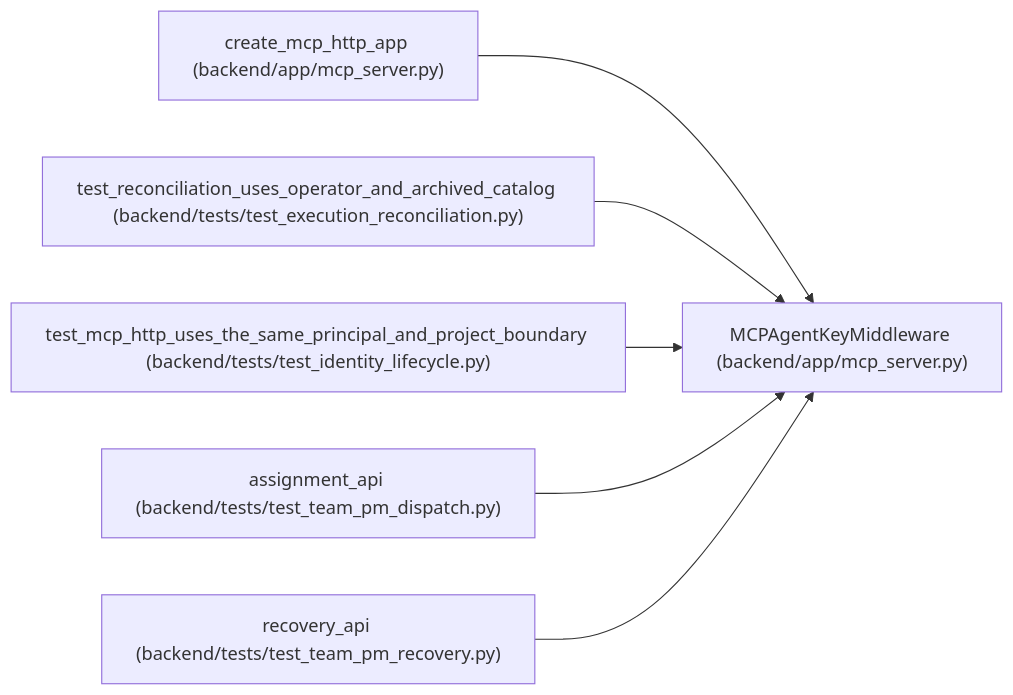
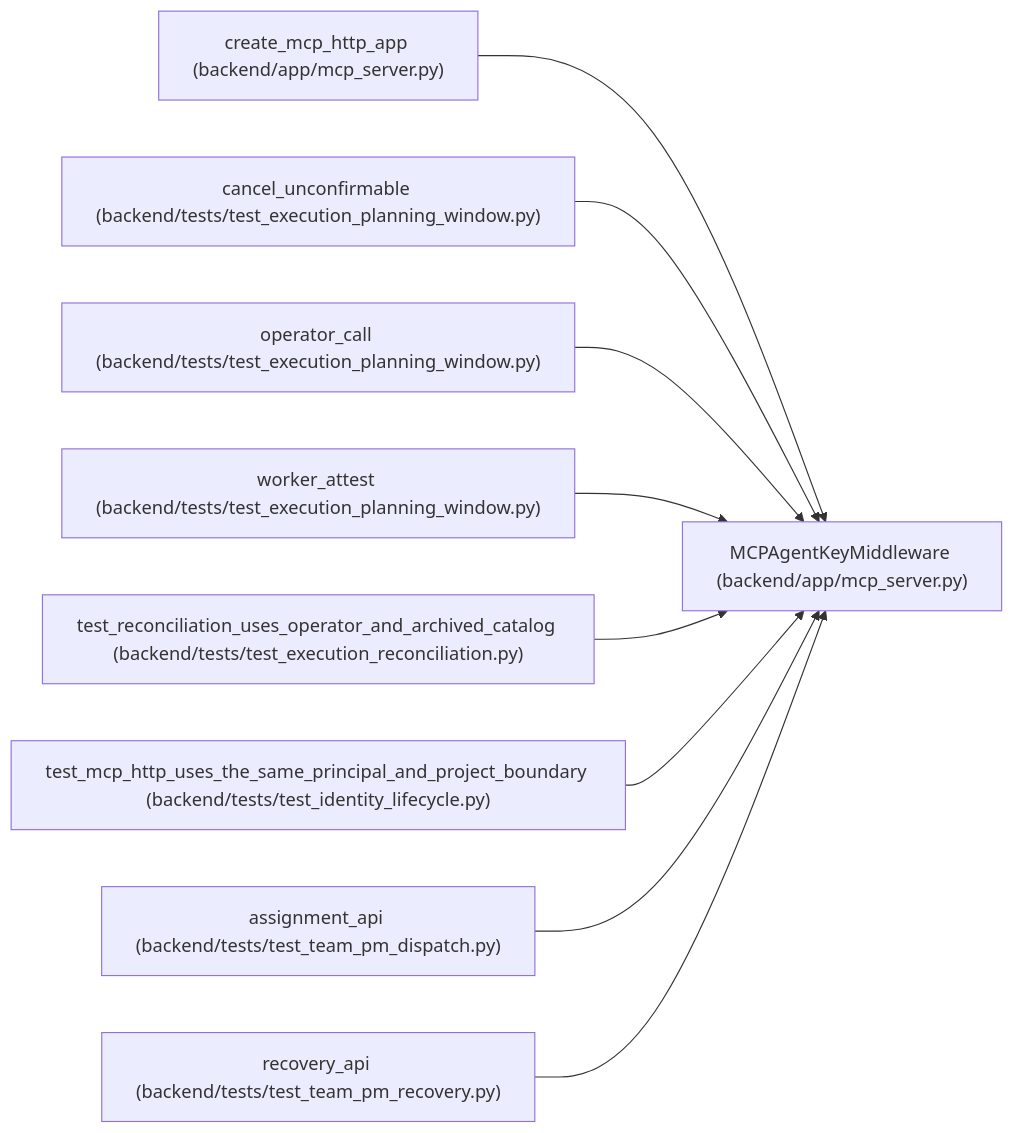
The diagram in docs/llm_wiki/entities/MCPAgentKeyMiddleware.md (Denissvgn/WorkChord), drawn with Mermaid before and after one commit. The commit also changed other lines of this file and 868 other files, not shown here.

Commit message:
Document authenticated planning-window recovery and retained worker evidence

````diff
--- a/docs/llm_wiki/entities/MCPAgentKeyMiddleware.md
+++ b/docs/llm_wiki/entities/MCPAgentKeyMiddleware.md
@@ -26,20 +26,29 @@
 ```mermaid
 flowchart LR
     n0["MCPAgentKeyMiddleware (backend/app/mcp_server.py)"]
     n1["create_mcp_http_app (backend/app/mcp_server.py)"]
-    n2["test_reconciliation_uses_operator_and_archived_catalog (backend/tests/test_execution_reconciliation.py)"]
-    n3["test_mcp_http_uses_the_same_principal_and_project_boundary (backend/tests/test_identity_lifecycle.py)"]
-    n4["assignment_api (backend/tests/test_team_pm_dispatch.py)"]
-    n5["recovery_api (backend/tests/test_team_pm_recovery.py)"]
+    n2["cancel_unconfirmable (backend/tests/test_execution_planning_window.py)"]
+    n3["operator_call (backend/tests/test_execution_planning_window.py)"]
+    n4["worker_attest (backend/tests/test_execution_planning_window.py)"]
+    n5["test_reconciliation_uses_operator_and_archived_catalog (backend/tests/test_execution_reconciliation.py)"]
+    n6["test_mcp_http_uses_the_same_principal_and_project_boundary (backend/tests/test_identity_lifecycle.py)"]
+    n7["assignment_api (backend/tests/test_team_pm_dispatch.py)"]
+    n8["recovery_api (backend/tests/test_team_pm_recovery.py)"]
     n1 --> n0
     n2 --> n0
     n3 --> n0
     n4 --> n0
     n5 --> n0
+    n6 --> n0
+    n7 --> n0
+    n8 --> n0
     click n0 "../modules/mcp_server.md"
     click n1 "../modules/mcp_server.md"
-    click n2 "../modules/test_execution_reconciliation.md"
-    click n3 "../modules/test_identity_lifecycle.md"
-    click n4 "../modules/test_team_pm_dispatch.md"
-    click n5 "../modules/test_team_pm_recovery.md"
+    click n2 "../modules/test_execution_planning_window.md"
+    click n3 "../modules/test_execution_planning_window.md"
+    click n4 "../modules/test_execution_planning_window.md"
+    click n5 "../modules/test_execution_reconciliation.md"
+    click n6 "../modules/test_identity_lifecycle.md"
+    click n7 "../modules/test_team_pm_dispatch.md"
+    click n8 "../modules/test_team_pm_recovery.md"
 ```
````
